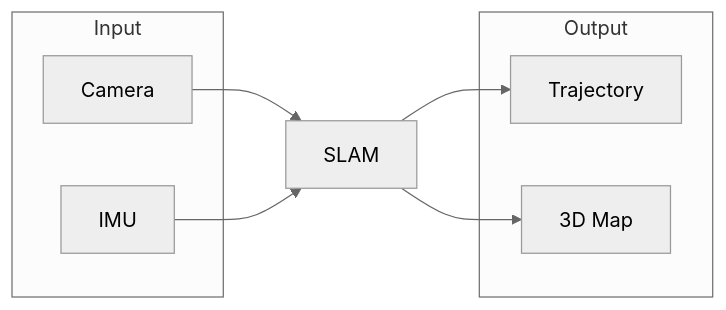
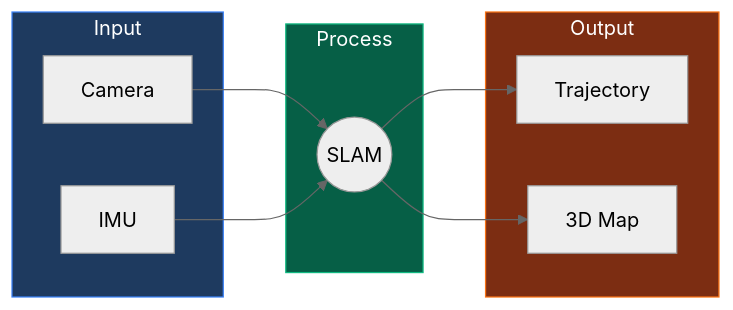
The first of 11 diagrams in README.md (robertteleng/aria-slam), drawn with Mermaid (neutral theme) before and after one commit. The commit also changed other lines of this file, not shown here.

Commit message:
docs: add colors to Mermaid diagrams and glossary section - Add style colors to all flowchart diagrams (blue/purple/green/orange) - Add Glossary section with 17 acronyms and 14 technical terms - Update Table of Contents - Remove emojis for professional appearance

````diff
--- a/README.md
+++ b/README.md
@@ -57,17 +58,25 @@
 ```mermaid
 flowchart LR
     subgraph Input
         C[Camera]
         I[IMU]
+    end
+
+    subgraph Process
+        SLAM((SLAM))
     end
 
     subgraph Output
         T[Trajectory]
         M[3D Map]
     end
 
     C --> SLAM
     I --> SLAM
     SLAM --> T
     SLAM --> M
+
+    style Input fill:#1e3a5f,stroke:#3b82f6,color:#fff
+    style Process fill:#065f46,stroke:#10b981,color:#fff
+    style Output fill:#7c2d12,stroke:#f97316,color:#fff
 ```
````
